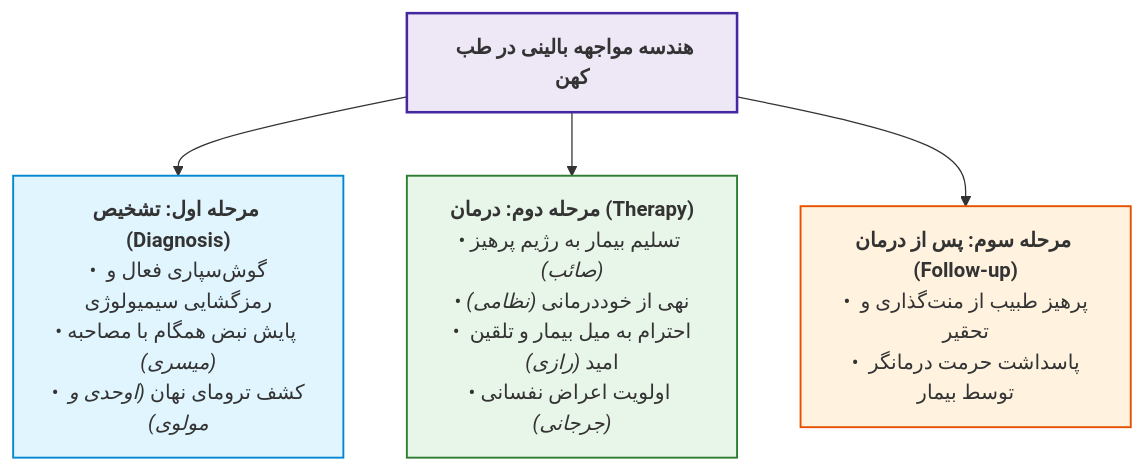
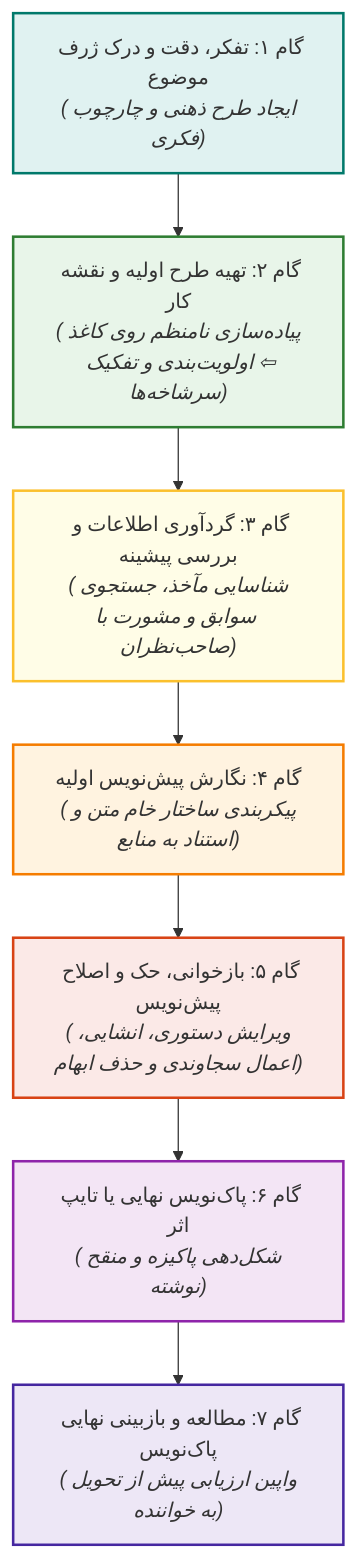
Before and after one commit to neopulse-hub/TUMS-1402-1-neo: the fifth of 37 diagrams in 05/ادبیات/جامع بخش 1.md, drawn with Mermaid. The commit also changed other lines of this file, not shown here.

````diff
--- a/05/ادبیات/جامع بخش 1.md
+++ b/05/ادبیات/جامع بخش 1.md
@@ -183,12 +219,21 @@
 ```mermaid
 flowchart TD
-    Root["<b>هندسه مواجهه بالینی در طب کهن</b>"]
-    Root --> S1["<b>مرحله اول: تشخیص (Diagnosis)</b><br>• گوش‌سپاری فعال و رمزگشایی سیمیولوژی<br>• پایش نبض همگام با مصاحبه <i>(میسری)</i><br>• کشف ترومای نهان <i>(اوحدی و مولوی)</i>"]
-    Root --> S2["<b>مرحله دوم: درمان (Therapy)</b><br>• تسلیم بیمار به رژیم پرهیز <i>(صائب)</i><br>• نهی از خوددرمانی <i>(نظامی)</i><br>• احترام به میل بیمار و تلقین امید <i>(رازی)</i><br>• اولویت اعراض نفسانی <i>(جرجانی)</i>"]
-    Root --> S3["<b>مرحله سوم: پس از درمان (Follow-up)</b><br>• پرهیز طبیب از منت‌گذاری و تحقیر<br>• پاسداشت حرمت درمانگر توسط بیمار"]
+    Step1["گام ۱: تفکر، دقت و درک ژرف موضوع<br><i>(ایجاد طرح ذهنی و چارچوب فکری)</i>"]
+    Step2["گام ۲: تهیه طرح اولیه و نقشه کار<br><i>(پیاده‌سازی نامنظم روی کاغذ ⇦ اولویت‌بندی و تفکیک سرشاخه‌ها)</i>"]
+    Step3["گام ۳: گردآوری اطلاعات و بررسی پیشینه<br><i>(شناسایی مآخذ، جستجوی سوابق و مشورت با صاحب‌نظران)</i>"]
+    Step4["گام ۴: نگارش پیش‌نویس اولیه<br><i>(پیکربندی ساختار خام متن و استناد به منابع)</i>"]
+    Step5["گام ۵: بازخوانی، حک و اصلاح پیش‌نویس<br><i>(ویرایش دستوری، انشایی، اعمال سجاوندی و حذف ابهام)</i>"]
+    Step6["گام ۶: پاک‌نویس نهایی یا تایپ اثر<br><i>(شکل‌‌دهی پاکیزه و منقح نوشته)</i>"]
+    Step7["گام ۷: مطالعه و بازبینی نهایی پاک‌نویس<br><i>(واپین ارزیابی پیش از تحویل به خواننده)</i>"]
 
-    style Root fill:#ede7f6,stroke:#4527a0,stroke-width:2px;
-    style S1 fill:#e1f5fe,stroke:#0288d1,stroke-width:1.5px;
-    style S2 fill:#e8f5e9,stroke:#2e7d32,stroke-width:1.5px;
-    style S3 fill:#fff3e0,stroke:#e65100,stroke-width:1.5px;
+    Step1 --> Step2 --> Step3 --> Step4 --> Step5 --> Step6 --> Step7
+
+    style Step1 fill:#e0f2f1,stroke:#00796b,stroke-width:2px;
+    style Step2 fill:#e8f5e9,stroke:#2e7d32,stroke-width:2px;
+    style Step3 fill:#fffde7,stroke:#fbc02d,stroke-width:2px;
+    style Step4 fill:#fff3e0,stroke:#f57c00,stroke-width:2px;
+    style Step5 fill:#fbe9e7,stroke:#d84315,stroke-width:2px;
+    style Step6 fill:#f3e5f5,stroke:#8e24aa,stroke-width:2px;
+    style Step7 fill:#ede7f6,stroke:#4527a0,stroke-width:2px;
+
 ```
````
